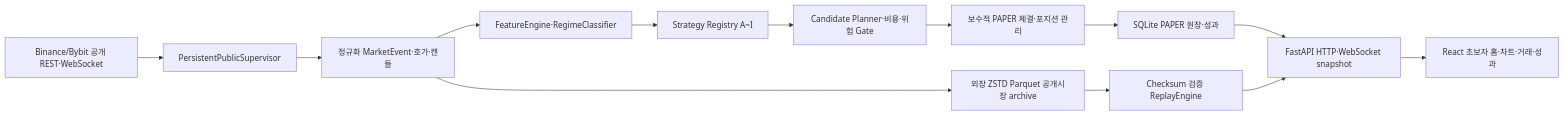
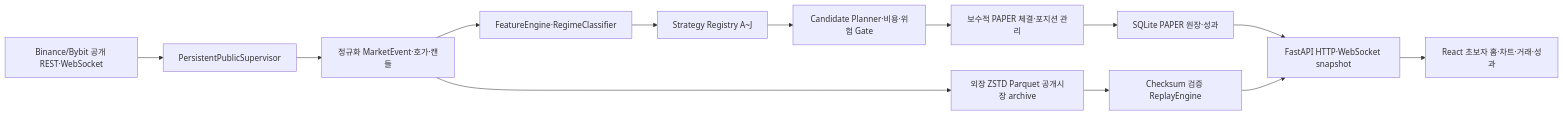
The diagram in ROBOM_FlowScalper_Codex_Package_20260822/00_AI_HANDOFF_먼저읽기.md (robom-labs/flowscalper), drawn with Mermaid before and after one commit. The commit also changed other lines of this file and 41 other files, not shown here.

````diff
--- a/ROBOM_FlowScalper_Codex_Package_20260822/00_AI_HANDOFF_먼저읽기.md
+++ b/ROBOM_FlowScalper_Codex_Package_20260822/00_AI_HANDOFF_먼저읽기.md
@@ -83,15 +83,15 @@
 ```mermaid
 flowchart LR
     A["Binance/Bybit 공개 REST·WebSocket"] --> B["PersistentPublicSupervisor"]
     B --> C["정규화 MarketEvent·호가·캔들"]
     C --> D["FeatureEngine·RegimeClassifier"]
-    D --> E["Strategy Registry A~I"]
+    D --> E["Strategy Registry A~J"]
     E --> F["Candidate Planner·비용·위험 Gate"]
     F --> G["보수적 PAPER 체결·포지션 관리"]
     G --> H["SQLite PAPER 원장·성과"]
     C --> I["외장 ZSTD Parquet 공개시장 archive"]
     I --> J["Checksum 검증 ReplayEngine"]
     H --> K["FastAPI HTTP·WebSocket snapshot"]
     J --> K
     K --> L["React 초보자 홈·차트·거래·성과"]
 ```
````
